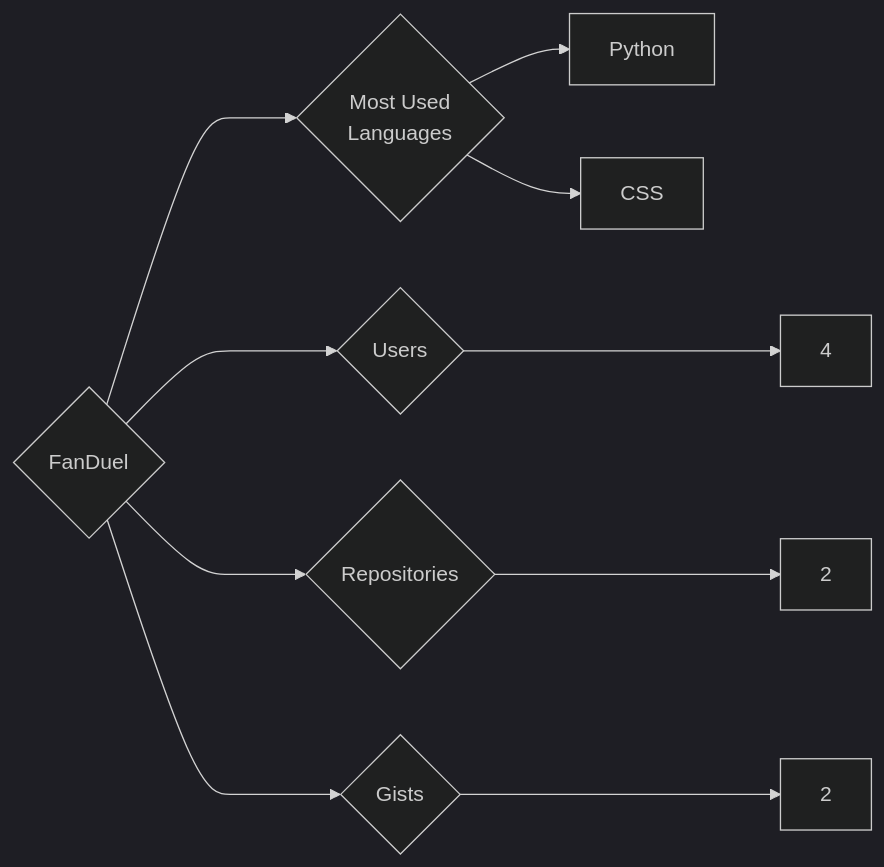
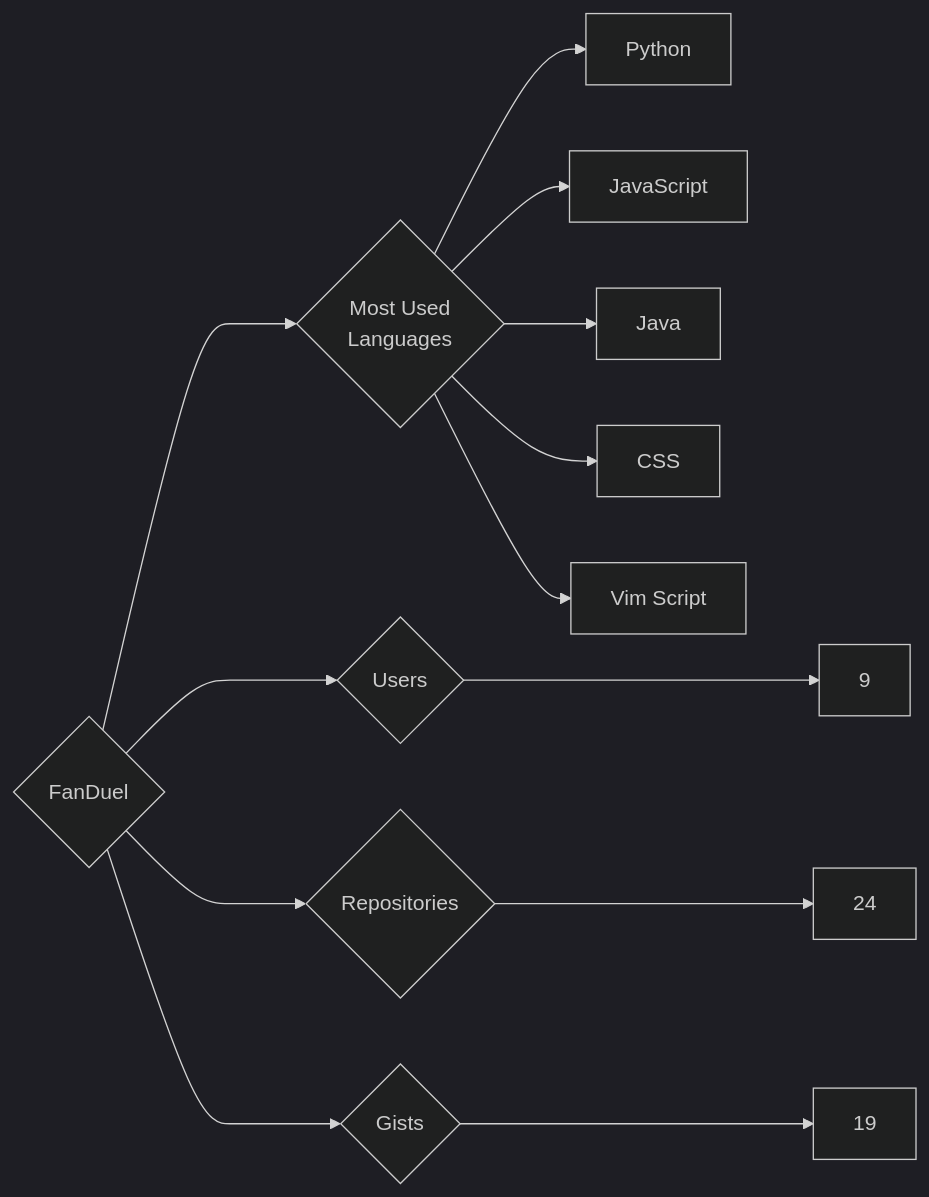
Before and after one commit to trickest/insiders: the diagram in targets/FanDuel/README.md, drawn with Mermaid (dark theme). The commit also changed 1167 other files, not shown here.

````diff
--- a/targets/FanDuel/README.md
+++ b/targets/FanDuel/README.md
@@ -3,10 +3,13 @@
 ```mermaid
 graph LR
 COMPANY_NAME{FanDuel}
-COMPANY_NAME ---> U{Users} ---> UN[4]
-COMPANY_NAME ---> R{Repositories} ---> RN[2]
-COMPANY_NAME ---> G{Gists} ---> GN[2]
+COMPANY_NAME ---> U{Users} ---> UN[9]
+COMPANY_NAME ---> R{Repositories} ---> RN[24]
+COMPANY_NAME ---> G{Gists} ---> GN[19]
 COMPANY_NAME ---> ML{Most Used<br>Languages}
 ML --> Python[Python]
+ML --> JavaScript[JavaScript]
+ML --> Java[Java]
 ML --> CSS[CSS]
+ML --> Vim_Script[Vim Script]
 ```
````
